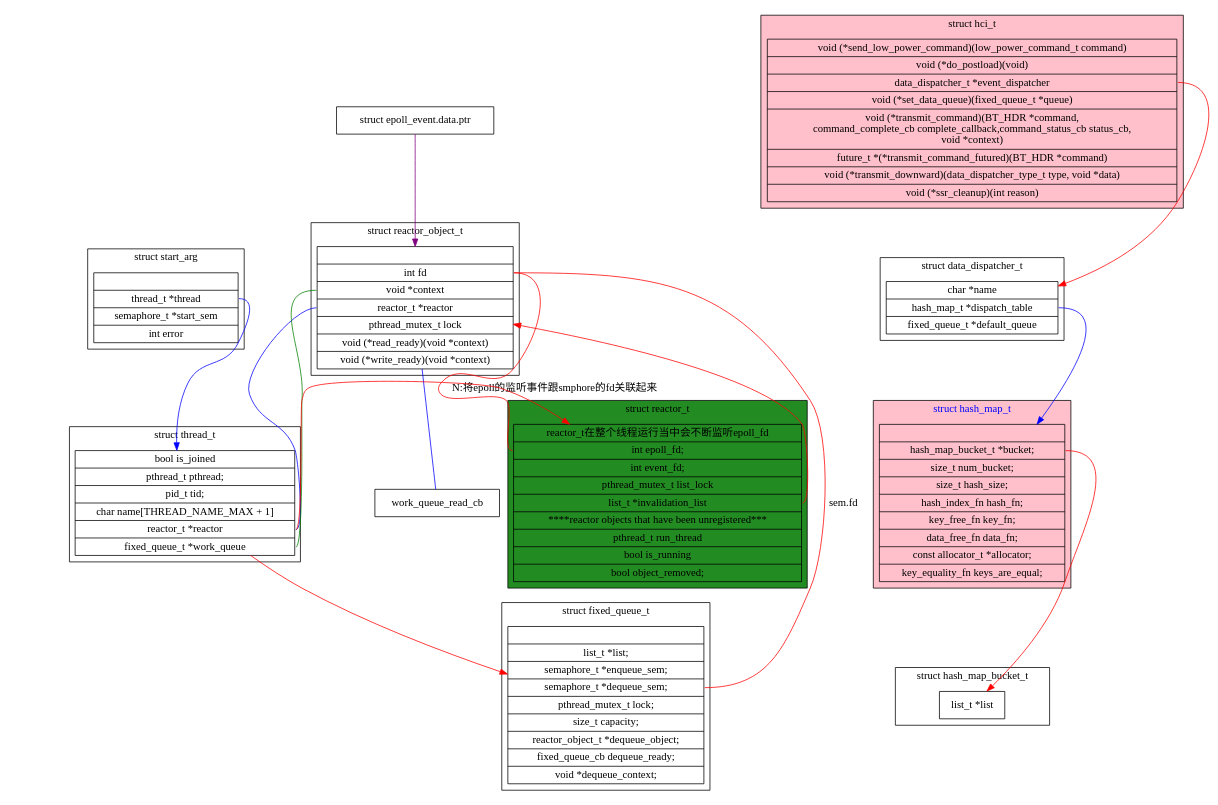
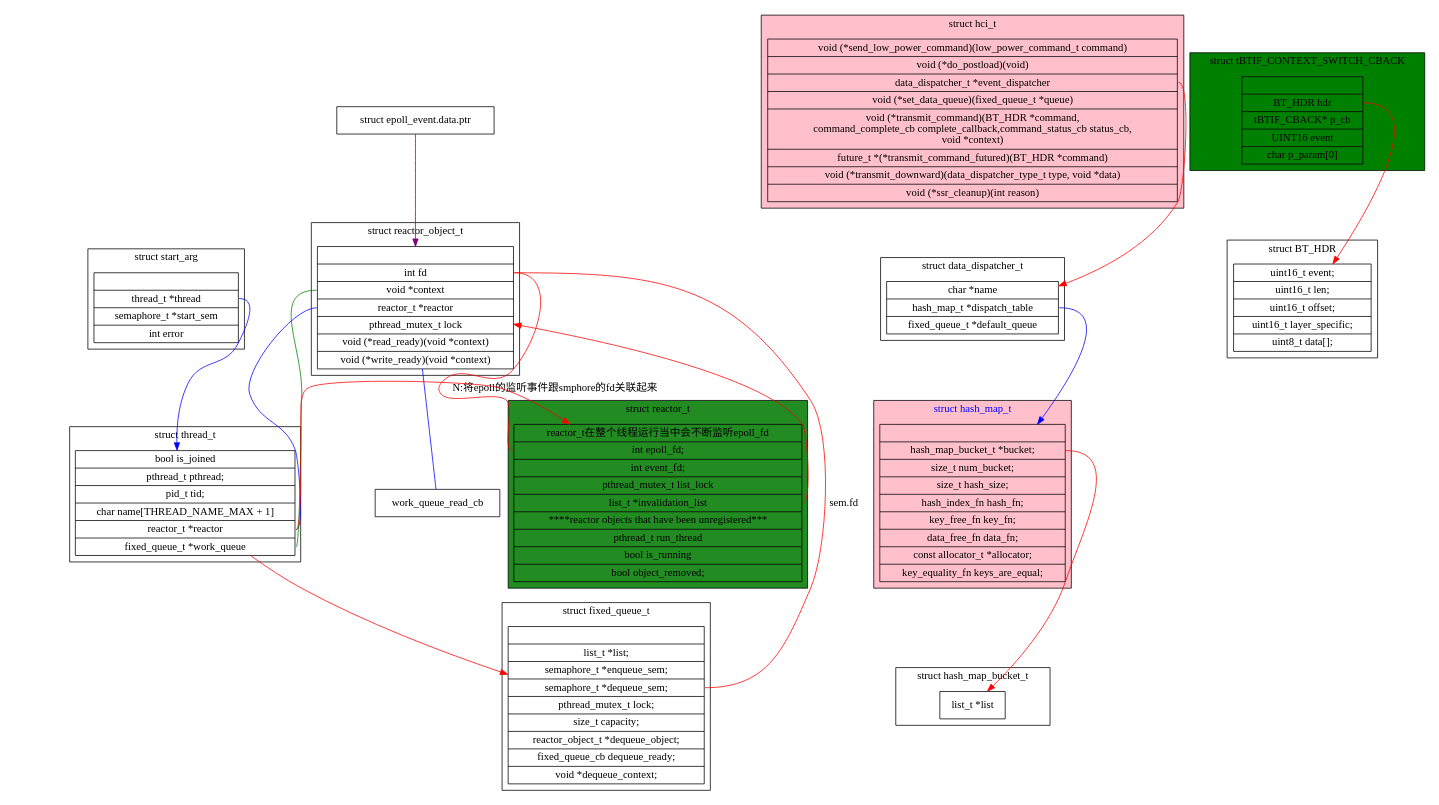
Before and after one commit to YsuXia/Debian-Learning: the diagram in graphviz/bluetooth/bluedroid.dot, drawn with Graphviz. The commit also changed 2 other files, not shown here.

```diff
--- a/graphviz/bluetooth/bluedroid.dot
+++ b/graphviz/bluetooth/bluedroid.dot
@@ -1,137 +1,158 @@
 digraph bluedroid{
 	node[shape=record];
 
 	subgraph cluster_struct_start_arg{
 		label="struct start_arg";
 		"struct start_arg"[label="{
 		|<thread>thread_t *thread
 		|semaphore_t *start_sem
 		|int error
 		}"];
 	}
 
 	node01[style=invisible];
 	node02[style=invisible];
 	"struct start_arg"->node01[arrowhead=none style=invisible];
 	"struct reactor_object_t"->node02[arrowhead=none style=invisible];
 	"struct epoll_event.data.ptr"->"struct reactor_object_t"[color=purple];
 
 	subgraph cluster_struct_reactor_object_t{
 		label="struct reactor_object_t";
 		"struct reactor_object_t"[label="{
 		|<fd>int fd
 		|<context>void *context
 		|<reactor>reactor_t *reactor
 		|pthread_mutex_t lock
 		|void (*read_ready)(void *context)
 		|void (*write_ready)(void *context)
 		}"];
 	}
 	"struct reactor_object_t":reactor->"struct thread_t":reactor[arrowhead=none color=blue];
 	"struct reactor_object_t":context->"struct thread_t":work_queue[arrowhead=none color=green];
 	"struct reactor_object_t":read_ready->"work_queue_read_cb"[arrowhead=none color=blue];
 	"struct reactor_object_t":fd->"struct reactor_t":epoll[arrowhead=none color=red label="N:将epoll的监听事件跟smphore的fd关联起来"]
 	"struct start_arg":thread->"struct thread_t"[color=blue];
 	subgraph cluster_struct_thread_t {
 		label="struct thread_t";
 		"struct thread_t"[label="{
 		bool is_joined
 		|pthread_t pthread;
 		|pid_t tid;
 		|char name[THREAD_NAME_MAX + 1] 
 		|<reactor>reactor_t *reactor
 		|<work_queue>fixed_queue_t *work_queue
 		}"];
 	}
 	node03[style=invisible];
 	node04[style=invisible];
 	"struct thread_t"->node03[arrowhead=none style=invisible];
 	"struct thread_t"->node04[arrowhead=none style=invisible];
 	"struct thread_t":reactor->"struct reactor_t"[color=red];
 	"struct thread_t":fixed_queue->"struct fixed_queue_t"[color=red];
 
 	subgraph cluster_struct_reactor_t{
 		label="struct reactor_t";
 		bgcolor=forestgreen;
 		"struct reactor_t"[label="{
 		 reactor_t在整个线程运行当中会不断监听epoll_fd
 		|<epoll>int epoll_fd;
 		|int event_fd;
 		|pthread_mutex_t list_lock
 		|<invalide>list_t *invalidation_list
 		|****reactor objects that have been unregistered***
 		|pthread_t run_thread
 		|bool is_running
 		|bool object_removed;
 		}"];
 	}
 	"struct reactor_t":invalide->"struct reactor_object_t"[color=red];
 
 	subgraph cluster_fixed_queue_t{
 		label="struct fixed_queue_t";
 		"struct fixed_queue_t"[label="{
 		|list_t *list;
 		|semaphore_t *enqueue_sem;
 		|<dequeue_sem>semaphore_t *dequeue_sem;
 		|pthread_mutex_t lock;
 		|size_t capacity;
 		|reactor_object_t *dequeue_object;
 		|fixed_queue_cb dequeue_ready;
 		|void *dequeue_context;
 		}"
 		];
 	}
 	"struct reactor_object_t":fd->"struct fixed_queue_t":dequeue_sem[label="sem.fd" arrowhead=none color=red];
 	subgraph cluster_struct_hash_map_t{
 		label="struct hash_map_t";
 		bgcolor="pink";
 		fontcolor="blue";
 		"struct hash_map_t"[label="{
 		|<bucket>hash_map_bucket_t *bucket;                                                        
 		|size_t num_bucket;                                                                
 		|size_t hash_size;                                                                 
 		|hash_index_fn hash_fn;                                                            
 		|key_free_fn key_fn;                                                               
 		|data_free_fn data_fn;                                                             
 		|const allocator_t *allocator;                                                     
 		|key_equality_fn keys_are_equal;
 		}"];
 	}
 
 	"struct hash_map_t":bucket->"struct hash_map_bucket_t"[color=red];
 
 	subgraph cluster_struct_hash_map_bucket_t{
 		label="struct hash_map_bucket_t";
 		"struct hash_map_bucket_t"[label="{
 			list_t *list
 		}"];
 	}
 
 	subgraph cluster_struct_hci_t{
 		label="struct hci_t";
 		bgcolor="pink";
 		"struct hci_t"[label="{
 			void (*send_low_power_command)(low_power_command_t command)
 			|void (*do_postload)(void)
 			|<data_dispatcher>data_dispatcher_t *event_dispatcher
 			|void (*set_data_queue)(fixed_queue_t *queue)
 			|void (*transmit_command)(BT_HDR *command,
 			\ncommand_complete_cb complete_callback,command_status_cb status_cb,
 			\nvoid *context)
 			|future_t *(*transmit_command_futured)(BT_HDR *command)
 			|void (*transmit_downward)(data_dispatcher_type_t type, void *data)
 			|void (*ssr_cleanup)(int reason)
 		}"];
 	}
 	subgraph cluster_struct_data_dispatcher_t{
 		label="struct data_dispatcher_t";
 		"strcut data_dispatcher_t"[label="{
 			char *name
 			|<table>hash_map_t *dispatch_table
 			|fixed_queue_t *default_queue
 		}"];
 	}
 	"struct hci_t":data_dispatcher->"strcut data_dispatcher_t"[color=red];
 	"strcut data_dispatcher_t":table->"struct hash_map_t"[color=blue];
+	subgraph cluster_struct_tBTIF_CONTEXT_SWITCH_CBACK{
+		label="struct tBTIF_CONTEXT_SWITCH_CBACK";
+		bgcolor="green";
+		"struct tBTIF_CONTEXT_SWITCH_CBACK"[label="{
+		|<hdr>BT_HDR               hdr
+    	|tBTIF_CBACK*         p_cb
+    	|UINT16               event
+    	|char                 p_param[0]
+		}"];
+	}
+	subgraph cluster_struct_BT_HDR{
+		label="struct BT_HDR";
+		"struct BT_HDR"[label="{
+		uint16_t      event;
+    	|uint16_t          len;
+    	|uint16_t          offset;
+    	|uint16_t          layer_specific;
+    	|uint8_t           data[];
+	}"];
+	}
+	"struct tBTIF_CONTEXT_SWITCH_CBACK":hdr->"struct BT_HDR"[color=red];
 
 }
```
